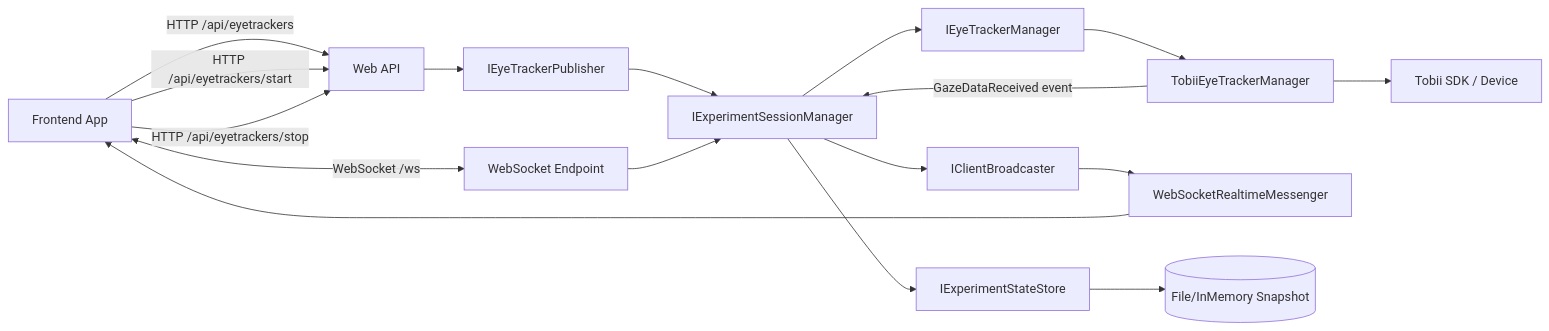
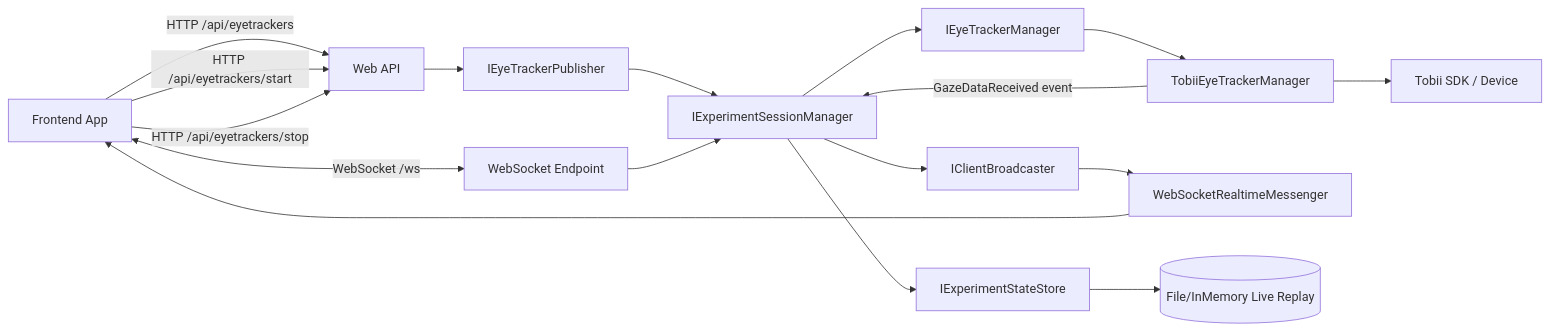
Before and after one commit to MrSachin7/reading-the-reader-monorepo: the first of 2 diagrams in docs/backend/backend-architecture.md, drawn with Mermaid. The commit also changed other lines of this file and 19 other files, not shown here.

First line of the commit message:
feat: Implement live replay functionality with active replay persistence (#17)

````diff
--- a/docs/backend/backend-architecture.md
+++ b/docs/backend/backend-architecture.md
@@ -19,23 +19,23 @@
 ```mermaid
 flowchart LR
     FE[Frontend App] -->|HTTP /api/eyetrackers| API[Web API]
     FE -->|HTTP /api/eyetrackers/start| API
     FE -->|HTTP /api/eyetrackers/stop| API
     FE <-->|WebSocket /ws| WS[WebSocket Endpoint]
 
     API --> PUB[IEyeTrackerPublisher]
     PUB --> SESS[IExperimentSessionManager]
     WS --> SESS
 
     SESS --> EYE[IEyeTrackerManager]
     EYE --> TOBII[TobiiEyeTrackerManager]
     TOBII --> SDK[Tobii SDK / Device]
 
     TOBII -->|GazeDataReceived event| SESS
     SESS --> BROAD[IClientBroadcaster]
     BROAD --> WSMSG[WebSocketRealtimeMessenger]
     WSMSG --> FE
 
     SESS --> SNAP[IExperimentStateStore]
-    SNAP --> FILE[(File/InMemory Snapshot)]
+    SNAP --> FILE[(File/InMemory Live Replay)]
 ```
````
